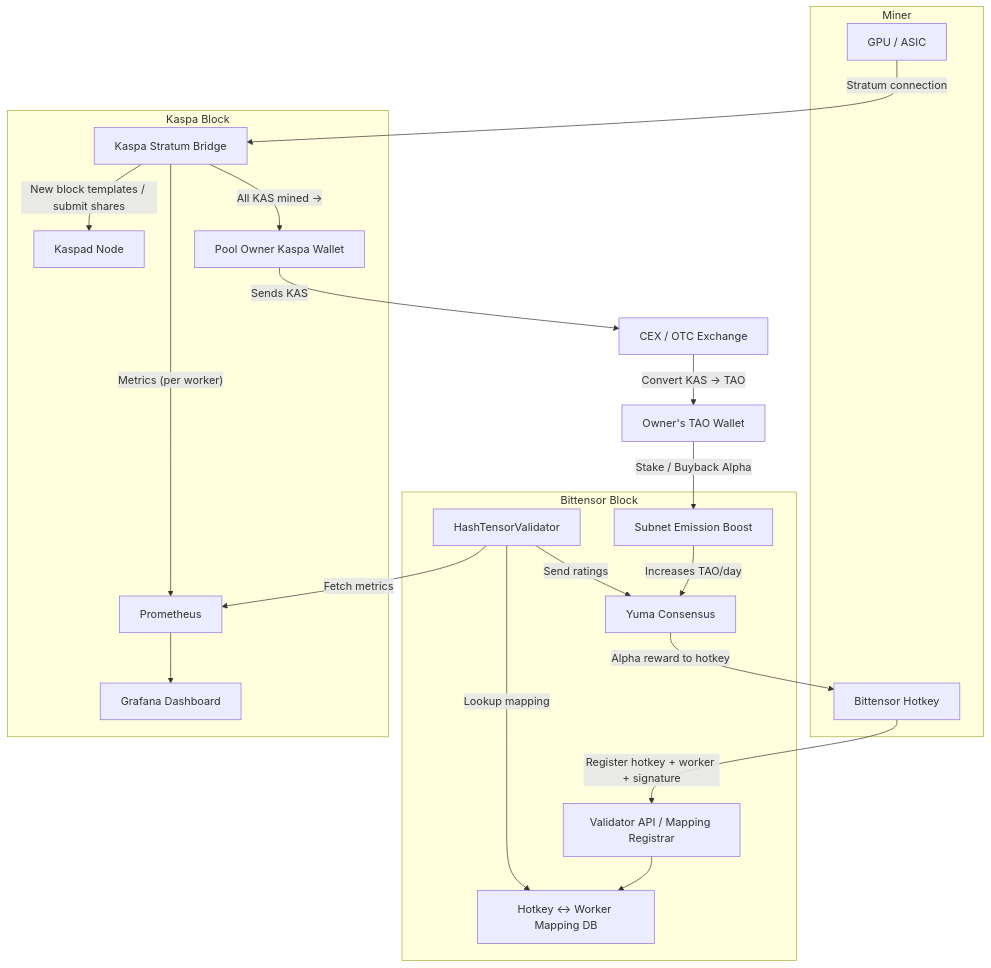
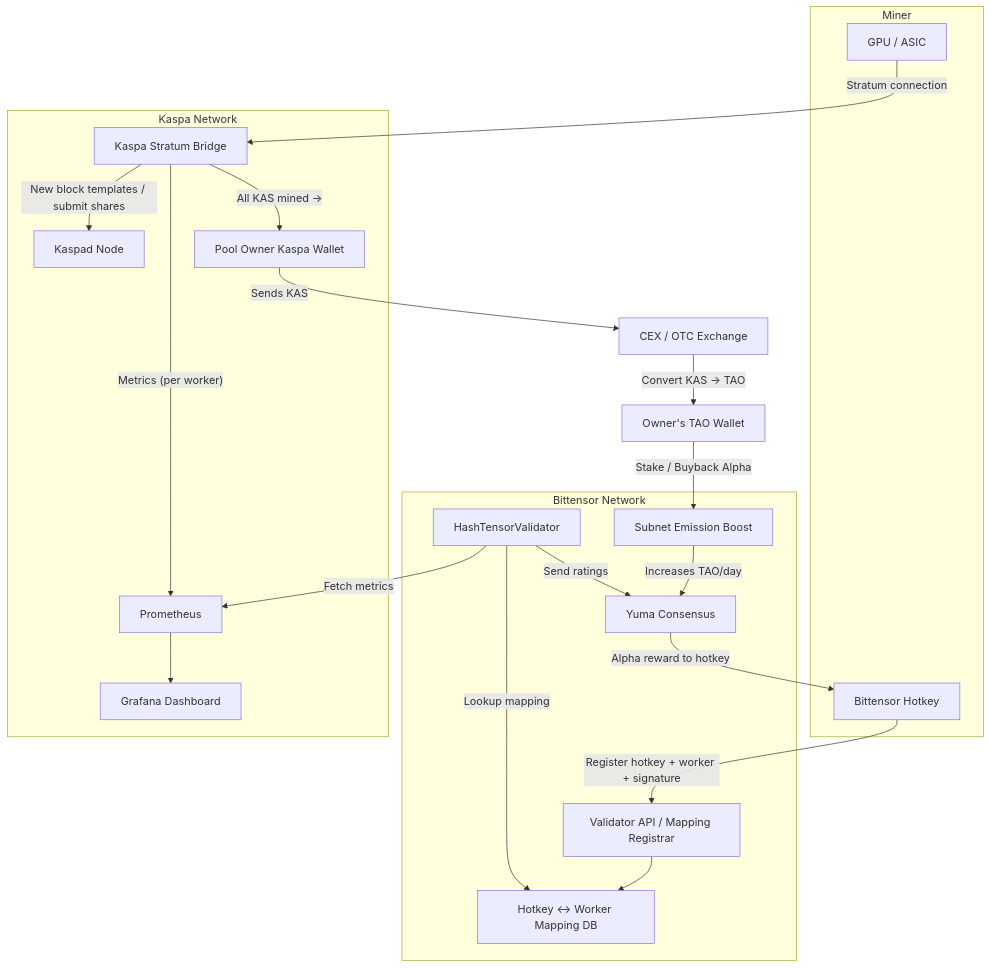
Before and after one commit to HashTensor/HashTensor_Subnet: the diagram in README.md, drawn with Mermaid. The commit also changed other lines of this file and 4 other files, not shown here.

````diff
--- a/README.md
+++ b/README.md
@@ -17,45 +17,45 @@
 ```mermaid
 flowchart TD
 
 %% ==== Miner Identity ====
 subgraph "Miner"
     GPU["GPU / ASIC"]
     Hotkey["Bittensor Hotkey"]
 end
 
-%% ==== Kaspa Block ====
-subgraph "Kaspa Block"
+%% ==== Kaspa Network ====
+subgraph "Kaspa Network"
     Kaspad["Kaspad Node"]
     Bridge["Kaspa Stratum Bridge"]
     Prometheus["Prometheus"]
     Grafana["Grafana Dashboard"]
 
     GPU -->|"Stratum connection"| Bridge
     Bridge -->|"New block templates / submit shares"| Kaspad
     Bridge -->|"Metrics (per worker)"| Prometheus
     Prometheus --> Grafana
     Bridge -->|"All KAS mined →"| Owner["Pool Owner Kaspa Wallet"]
 end
 
-%% ==== Bittensor Block ====
-subgraph "Bittensor Block"
+%% ==== Bittensor Network ====
+subgraph "Bittensor Network"
     Validator["HashTensorValidator"]
     Mapping["Hotkey <-> Worker Mapping DB"]
     ValidatorAPI["Validator API / Mapping Registrar"]
     Yuma["Yuma Consensus"]
     SubnetBoost["Subnet Emission Boost"]
 
     Validator -->|"Fetch metrics"| Prometheus
     Validator -->|"Lookup mapping"| Mapping
     Validator -->|"Send ratings"| Yuma
     ValidatorAPI --> Mapping
     Hotkey -->|"Register hotkey + worker + signature"| ValidatorAPI
     Yuma -->|"Alpha reward to hotkey"| Hotkey
     SubnetBoost -->|"Increases TAO/day"| Yuma
 end
 
 %% ==== Ownership & Emission Loop ====
 Owner -->|Sends KAS| CEX["CEX / OTC Exchange"]
 CEX -->|"Convert KAS → TAO"| OwnerTAO["Owner's TAO Wallet"]
 OwnerTAO -->|"Stake / Buyback Alpha"| SubnetBoost
 ```
````
